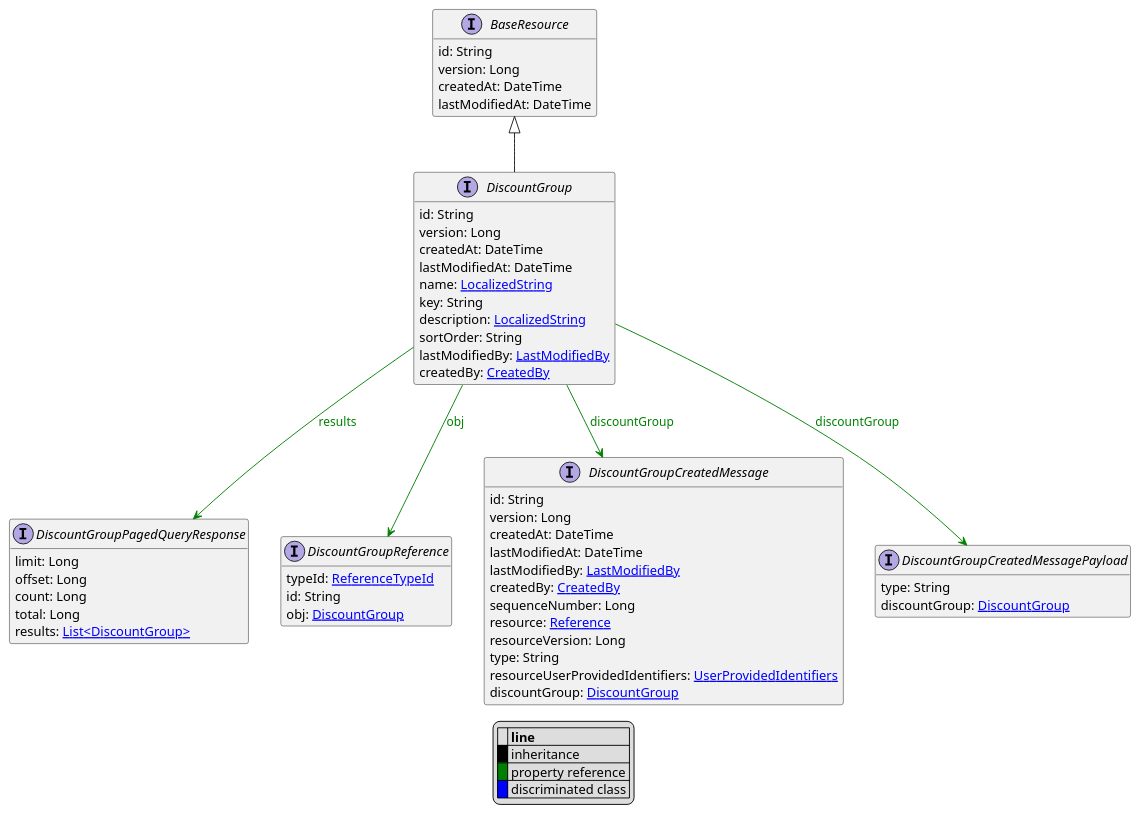
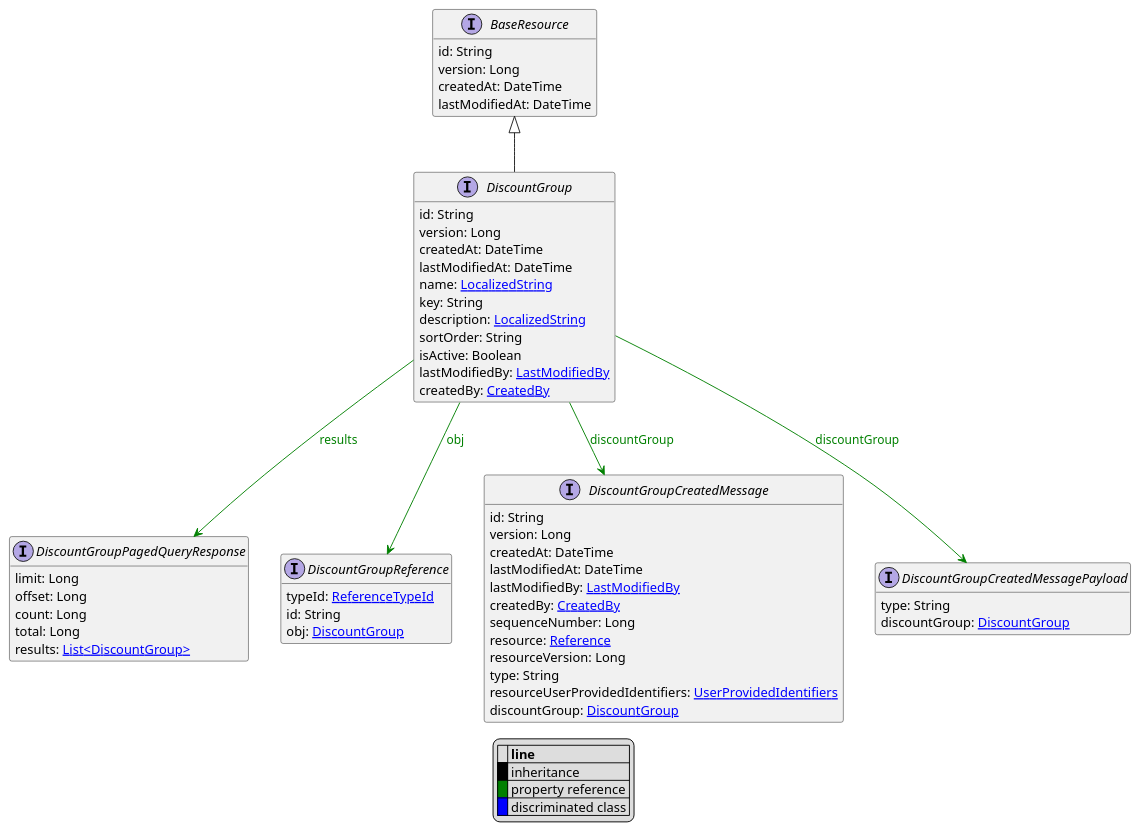
Before and after one commit to commercetools/commercetools-api-reference: the diagram in uml/api/DiscountGroup.puml, drawn with PlantUML. The commit also changed 35 other files, not shown here.

```diff
--- a/uml/api/DiscountGroup.puml
+++ b/uml/api/DiscountGroup.puml
@@ -1,66 +1,67 @@
 @startuml
 
 hide empty fields
 hide empty methods
 legend
 |= |= line |
 |<back:black>   </back>| inheritance |
 |<back:green>   </back>| property reference |
 |<back:blue>   </back>| discriminated class |
 endlegend
 interface DiscountGroup [[DiscountGroup.svg]] extends BaseResource {
     id: String
     version: Long
     createdAt: DateTime
     lastModifiedAt: DateTime
     name: [[LocalizedString.svg LocalizedString]]
     key: String
     description: [[LocalizedString.svg LocalizedString]]
     sortOrder: String
+    isActive: Boolean
     lastModifiedBy: [[LastModifiedBy.svg LastModifiedBy]]
     createdBy: [[CreatedBy.svg CreatedBy]]
 }
 interface BaseResource [[BaseResource.svg]]  {
     id: String
     version: Long
     createdAt: DateTime
     lastModifiedAt: DateTime
 }
 
 
 interface DiscountGroupPagedQueryResponse [[DiscountGroupPagedQueryResponse.svg]]  {
     limit: Long
     offset: Long
     count: Long
     total: Long
     results: [[DiscountGroup.svg List<DiscountGroup>]]
 }
 interface DiscountGroupReference [[DiscountGroupReference.svg]]  {
     typeId: [[ReferenceTypeId.svg ReferenceTypeId]]
     id: String
     obj: [[DiscountGroup.svg DiscountGroup]]
 }
 interface DiscountGroupCreatedMessage [[DiscountGroupCreatedMessage.svg]]  {
     id: String
     version: Long
     createdAt: DateTime
     lastModifiedAt: DateTime
     lastModifiedBy: [[LastModifiedBy.svg LastModifiedBy]]
     createdBy: [[CreatedBy.svg CreatedBy]]
     sequenceNumber: Long
     resource: [[Reference.svg Reference]]
     resourceVersion: Long
     type: String
     resourceUserProvidedIdentifiers: [[UserProvidedIdentifiers.svg UserProvidedIdentifiers]]
     discountGroup: [[DiscountGroup.svg DiscountGroup]]
 }
 interface DiscountGroupCreatedMessagePayload [[DiscountGroupCreatedMessagePayload.svg]]  {
     type: String
     discountGroup: [[DiscountGroup.svg DiscountGroup]]
 }
 
 DiscountGroup --> DiscountGroupPagedQueryResponse #green;text:green : "results"
 DiscountGroup --> DiscountGroupReference #green;text:green : "obj"
 DiscountGroup --> DiscountGroupCreatedMessage #green;text:green : "discountGroup"
 DiscountGroup --> DiscountGroupCreatedMessagePayload #green;text:green : "discountGroup"
 @enduml
```
